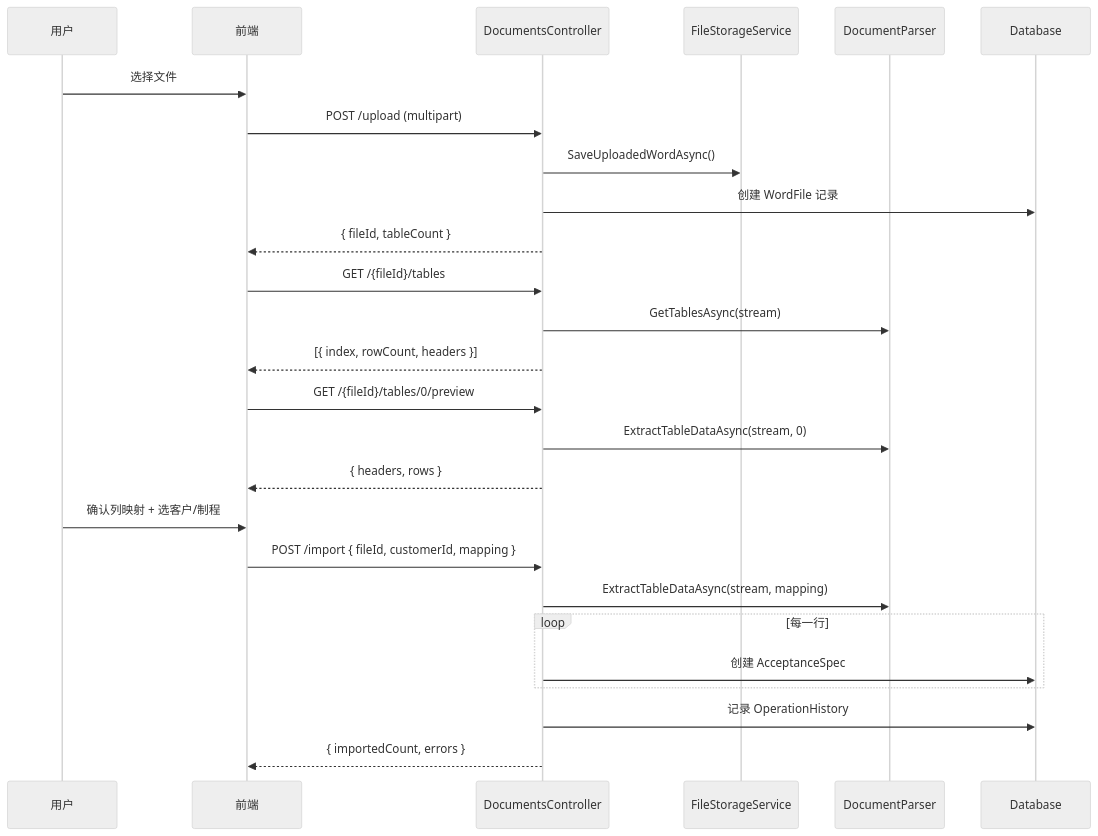
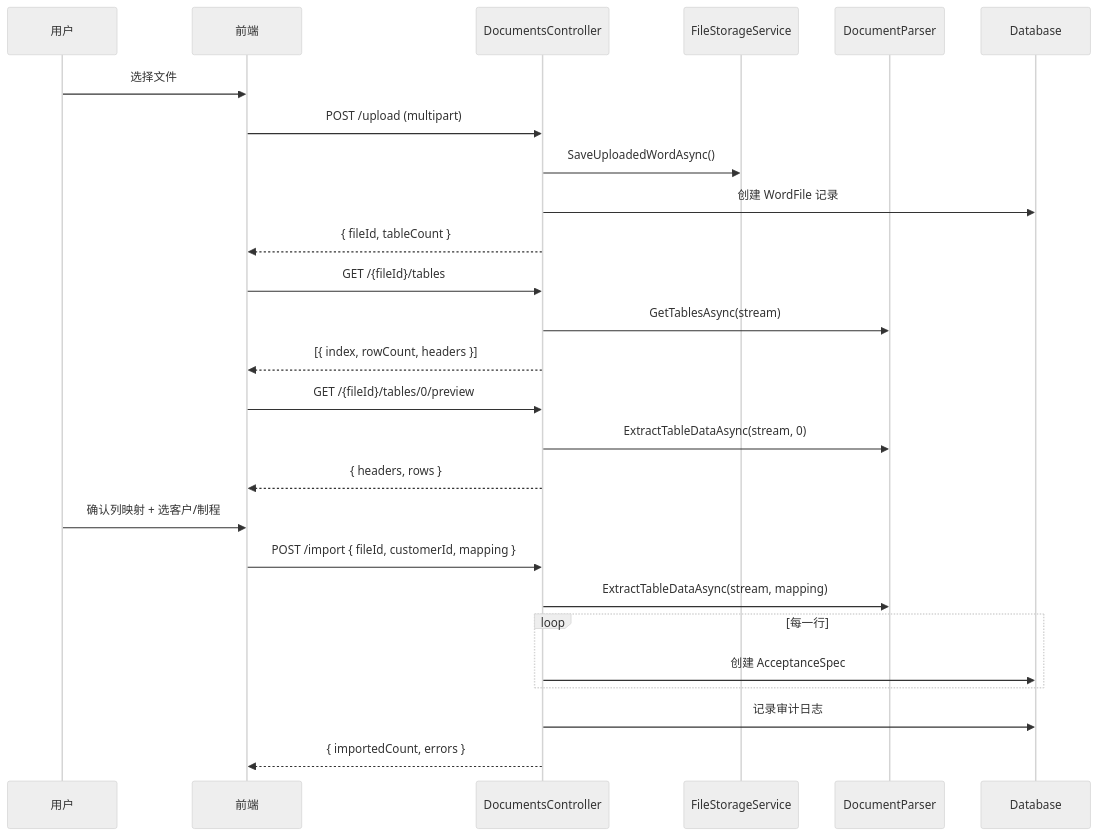
One commit to xiaocaiisxiaocai/AcceptanceSpecRecognition changed diagram 17 of 28 in docs/design-overview.md. Above: the diagram before and after it, drawn with Mermaid (neutral theme). The commit also changed other lines of this file and 162 other files, not shown here.

````diff
--- a/docs/design-overview.md
+++ b/docs/design-overview.md
@@ -683,32 +699,32 @@
 ```mermaid
 sequenceDiagram
     participant U as 用户
     participant FE as 前端
     participant DC as DocumentsController
     participant FS as FileStorageService
     participant DP as DocumentParser
     participant DB as Database
 
     U->>FE: 选择文件
     FE->>DC: POST /upload (multipart)
     DC->>FS: SaveUploadedWordAsync()
     DC->>DB: 创建 WordFile 记录
     DC-->>FE: { fileId, tableCount }
 
     FE->>DC: GET /{fileId}/tables
     DC->>DP: GetTablesAsync(stream)
     DC-->>FE: [{ index, rowCount, headers }]
 
     FE->>DC: GET /{fileId}/tables/0/preview
     DC->>DP: ExtractTableDataAsync(stream, 0)
     DC-->>FE: { headers, rows }
 
     U->>FE: 确认列映射 + 选客户/制程
     FE->>DC: POST /import { fileId, customerId, mapping }
     DC->>DP: ExtractTableDataAsync(stream, mapping)
     loop 每一行
         DC->>DB: 创建 AcceptanceSpec
     end
-    DC->>DB: 记录 OperationHistory
+    DC->>DB: 记录审计日志
     DC-->>FE: { importedCount, errors }
 ```
````
